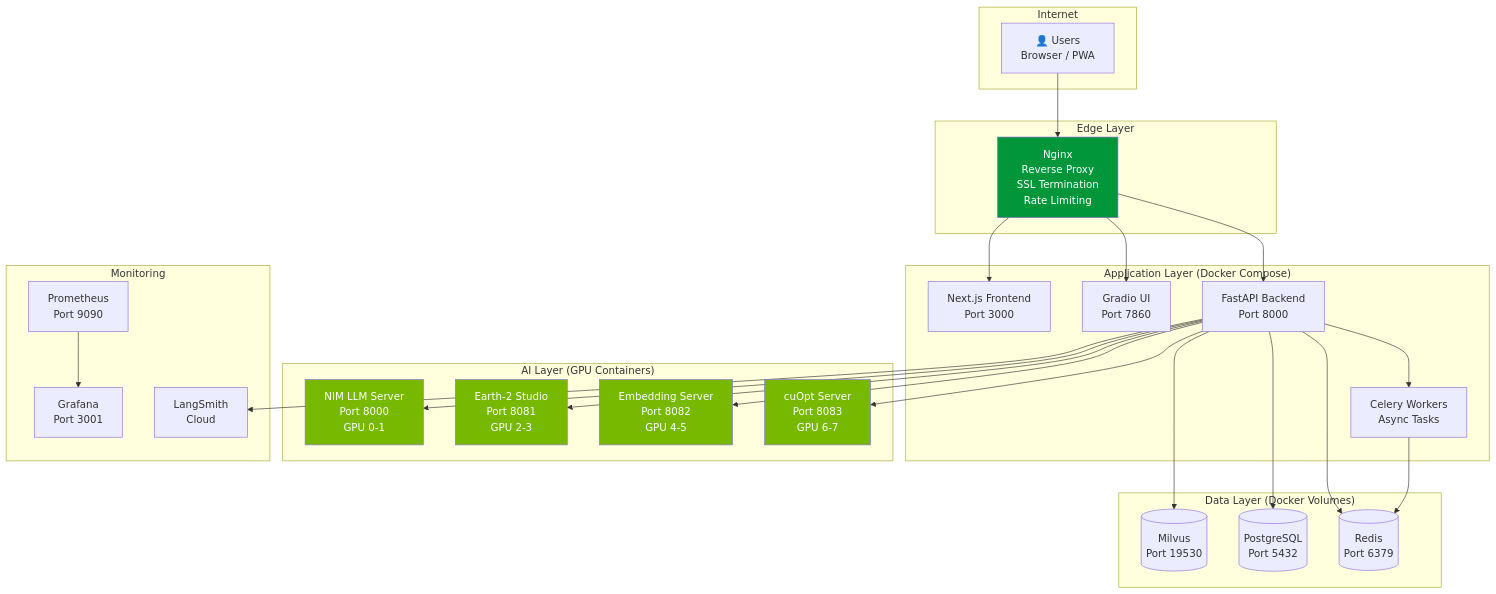
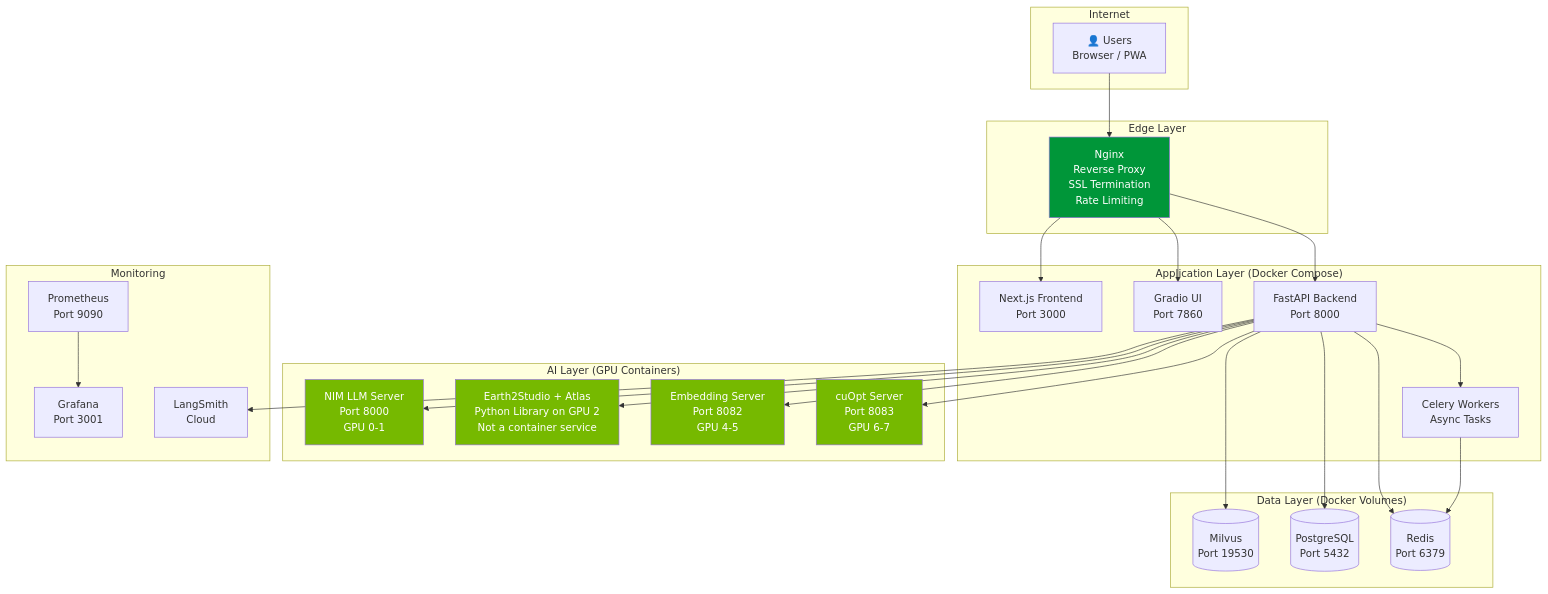
One commit to BennedictQuanTon/WeatherRise-2026 changed diagram 12 of 15 in documentation.md. Above: the diagram before and after it, drawn with Mermaid. The commit also changed other lines of this file and 1 other file, not shown here.

````diff
--- a/documentation.md
+++ b/documentation.md
@@ -1299,58 +1431,58 @@
 ```mermaid
 graph TB
     subgraph "Internet"
         USER[👤 Users<br/>Browser / PWA]
     end
 
     subgraph "Edge Layer"
         NGX[Nginx<br/>Reverse Proxy<br/>SSL Termination<br/>Rate Limiting]
     end
 
     subgraph "Application Layer (Docker Compose)"
         FE[Next.js Frontend<br/>Port 3000]
         GR[Gradio UI<br/>Port 7860]
         API[FastAPI Backend<br/>Port 8000]
         CEL[Celery Workers<br/>Async Tasks]
     end
 
     subgraph "AI Layer (GPU Containers)"
         VLLM[NIM LLM Server<br/>Port 8000<br/>GPU 0-1]
-        E2[Earth-2 Studio<br/>Port 8081<br/>GPU 2-3]
+        E2[Earth2Studio + Atlas<br/>Python Library on GPU 2<br/>Not a container service]
         EMB[Embedding Server<br/>Port 8082<br/>GPU 4-5]
         CUOPT[cuOpt Server<br/>Port 8083<br/>GPU 6-7]
     end
 
     subgraph "Data Layer (Docker Volumes)"
         MV[(Milvus<br/>Port 19530)]
         PG[(PostgreSQL<br/>Port 5432)]
         RD[(Redis<br/>Port 6379)]
     end
 
     subgraph "Monitoring"
         PROM[Prometheus<br/>Port 9090]
         GRAF[Grafana<br/>Port 3001]
         LS[LangSmith<br/>Cloud]
     end
 
     USER --> NGX
     NGX --> FE
     NGX --> GR
     NGX --> API
     API --> VLLM
     API --> E2
     API --> EMB
     API --> CUOPT
     API --> MV
     API --> PG
     API --> RD
     API --> CEL
     CEL --> RD
     PROM --> GRAF
     API --> LS
 
     style VLLM fill:#76B900,color:#fff
     style E2 fill:#76B900,color:#fff
     style EMB fill:#76B900,color:#fff
     style CUOPT fill:#76B900,color:#fff
     style NGX fill:#009639,color:#fff
 ```
````
